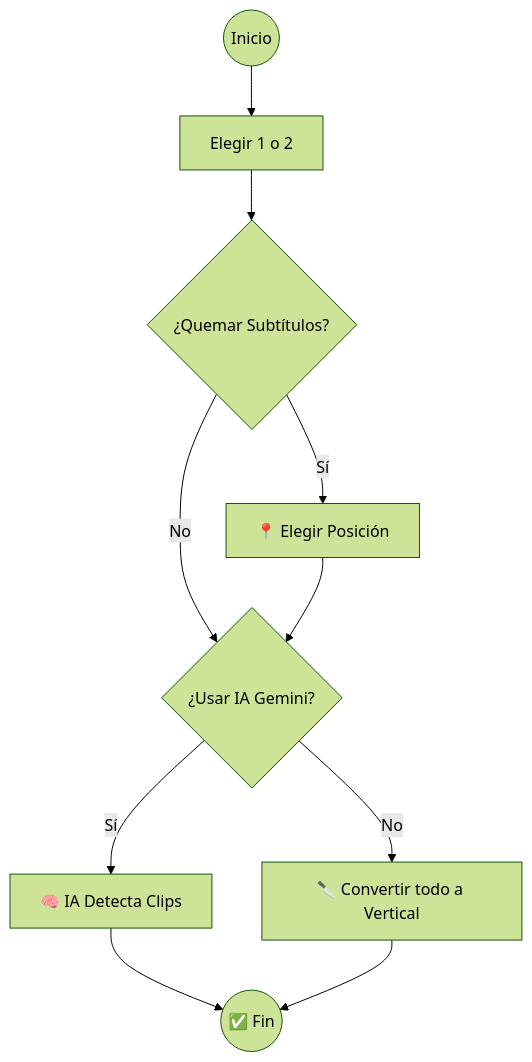
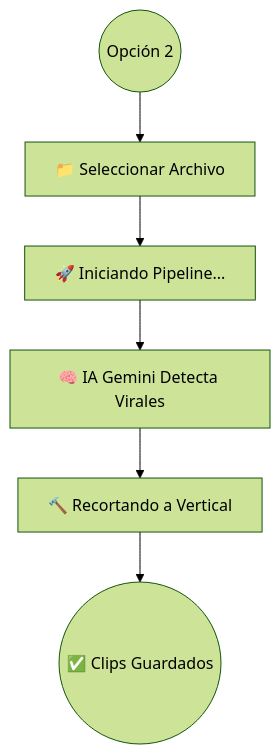
The first of 2 diagrams in docs/es/workflow.md (Cesar1019FV/opus-video-service), drawn with Mermaid (forest theme) before and after one commit. The commit also changed other lines of this file and 22 other files, not shown here.

````diff
--- a/docs/es/workflow.md
+++ b/docs/es/workflow.md
@@ -49,14 +54,8 @@
 ```mermaid
 graph TD
-    Start((Inicio)) --> Input[Elegir 1 o 2]
-    Input --> Subs{¿Quemar Subtítulos?}
-    Subs -- Sí --> Pos[📍 Elegir Posición]
-    Subs -- No --> AI{¿Usar IA Gemini?}
-    Pos --> AI
-    
-    AI -- Sí --> Detect[🧠 IA Detecta Clips]
-    AI -- No --> Convert[🔪 Convertir todo a Vertical]
-    
-    Detect --> Finish((✅ Fin))
-    Convert --> Finish
+    Start((Opción 2)) --> Select[📁 Seleccionar Archivo]
+    Select --> Pipe[🚀 Iniciando Pipeline...]
+    Pipe --> Detect[🧠 IA Gemini Detecta Virales]
+    Detect --> Render[🔨 Recortando a Vertical]
+    Render --> Finish((✅ Clips Guardados))
 ```
````
